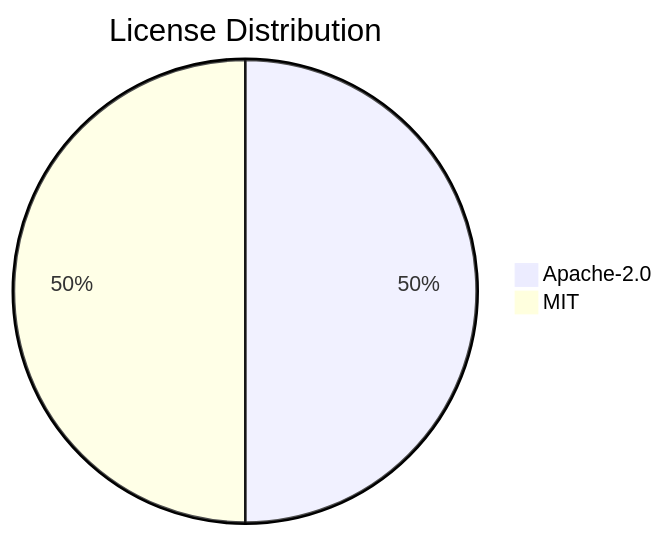
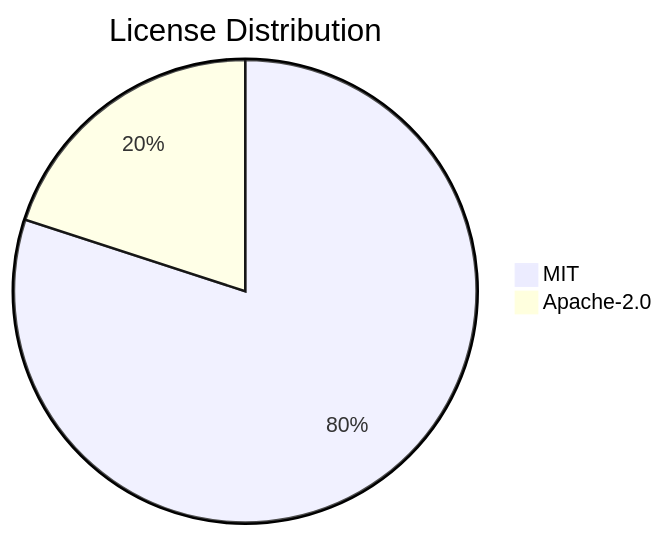
The diagram in .shipwright/compliance/sbom.md (svenroth-ai/shipwright), drawn with Mermaid before and after one commit. The commit also changed other lines of this file and 19 other files, not shown here.

````diff
--- a/.shipwright/compliance/sbom.md
+++ b/.shipwright/compliance/sbom.md
@@ -17,5 +17,5 @@
 ```mermaid
 pie title License Distribution
-    "Apache-2.0" : 2
-    "MIT" : 2
+    "MIT" : 4
+    "Apache-2.0" : 1
 ```
````
